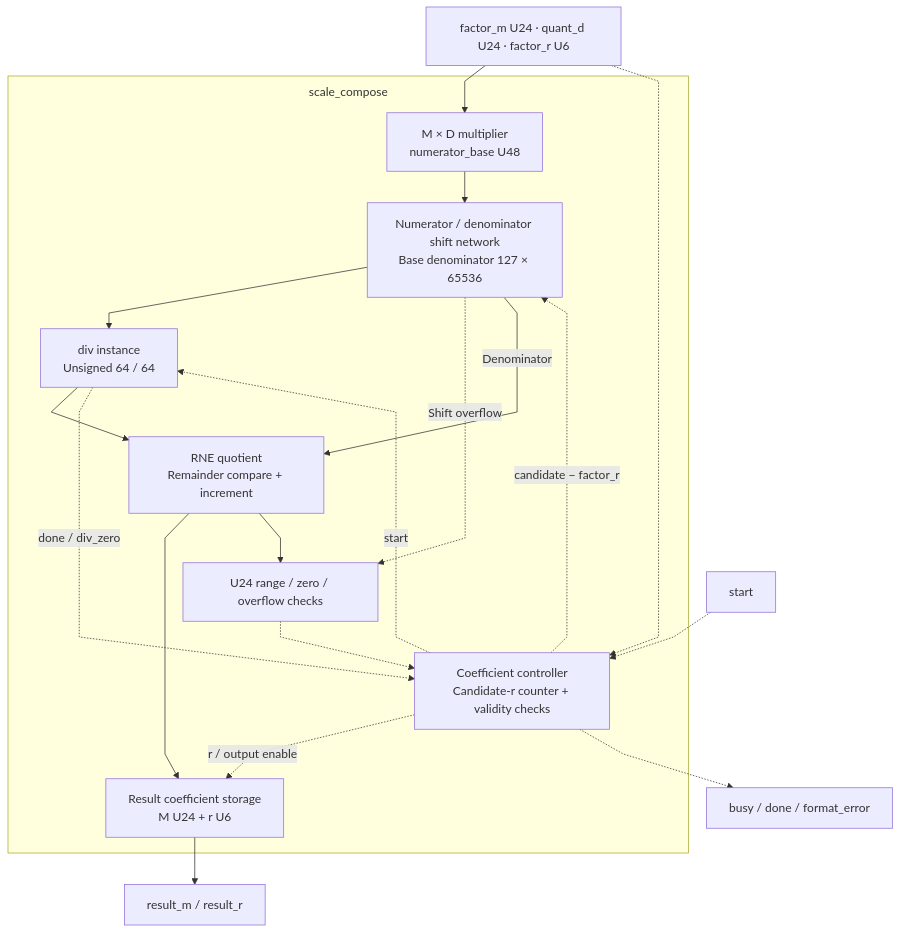
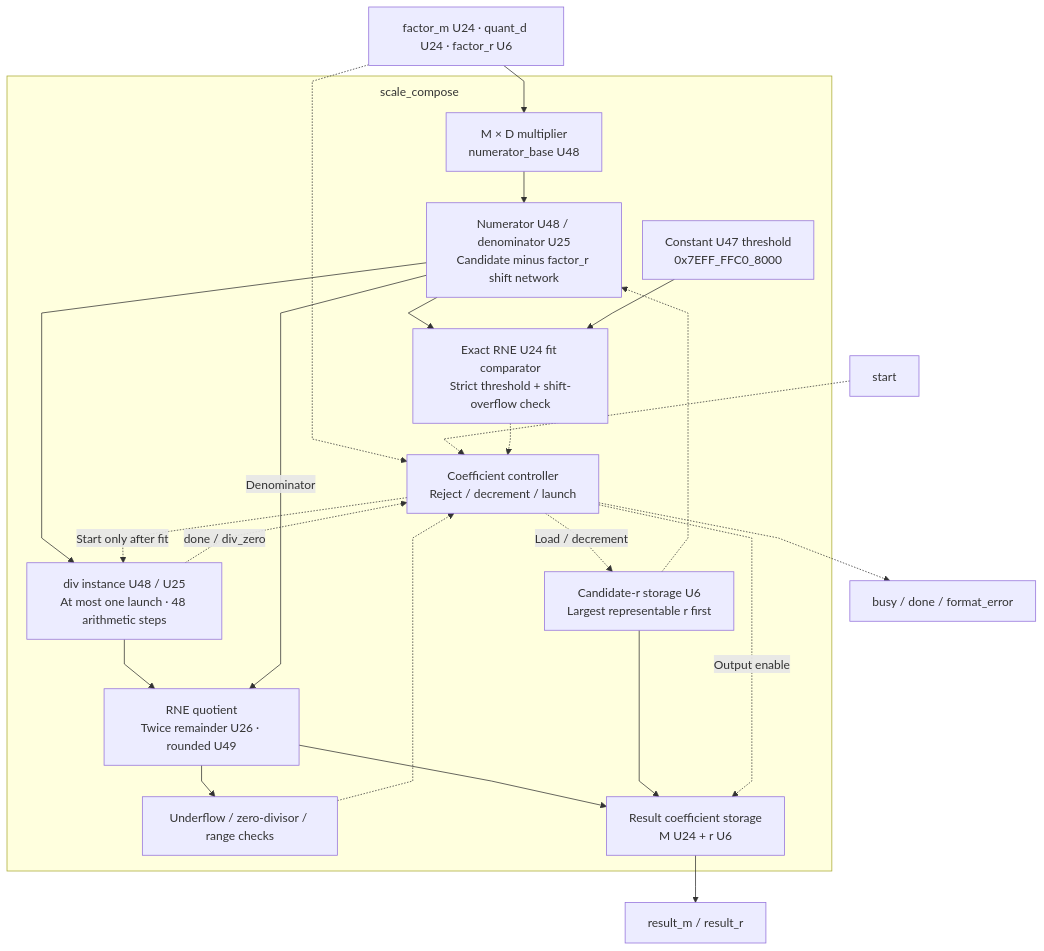
The first of 2 diagrams in docs/source_guide/blocks/scale_compose.sv.md (nguyennhutkhanhtom/NPU), drawn with Mermaid before and after one commit. The commit also changed other lines of this file and 123 other files, not shown here.

````diff
--- a/docs/source_guide/blocks/scale_compose.sv.md
+++ b/docs/source_guide/blocks/scale_compose.sv.md
@@ -15,31 +15,38 @@
 ```mermaid
 flowchart TB
 %%{init: {"flowchart": {"subGraphTitleMargin": {"top": 8, "bottom": 20}, "nodeSpacing": 28, "rankSpacing": 42, "curve": "linear"}}}%%
     IN["factor_m U24 · quant_d U24 · factor_r U6"]
     subgraph SC["scale_compose"]
         PROD["M × D multiplier<br/>numerator_base U48"]
-        CTRL["Coefficient controller<br/>Candidate-r counter + validity checks"]
-        SHIFT["Numerator / denominator shift network<br/>Base denominator 127 × 65536"]
-        DIV["div instance<br/>Unsigned 64 / 64"]
-        ROUND["RNE quotient<br/>Remainder compare + increment"]
-        CHECK["U24 range / zero / overflow checks"]
+        CAND["Candidate-r storage U6<br/>Largest representable r first"]
+        CTRL["Coefficient controller<br/>Reject / decrement / launch"]
+        SHIFT["Numerator U48 / denominator U25<br/>Candidate minus factor_r shift network"]
+        FIT["Exact RNE U24 fit comparator<br/>Strict threshold + shift-overflow check"]
+        LIMIT["Constant U47 threshold<br/>0x7EFF_FFC0_8000"]
+        DIV["div instance U48 / U25<br/>At most one launch · 48 arithmetic steps"]
+        ROUND["RNE quotient<br/>Twice remainder U26 · rounded U49"]
+        CHECK["Underflow / zero-divisor / range checks"]
         OUT["Result coefficient storage<br/>M U24 + r U6"]
     end
     IN --> PROD
     IN -.-> CTRL
     START["start"] -.-> CTRL
     PROD --> SHIFT
-    CTRL -.->|"candidate − factor_r"| SHIFT
+    CAND -.-> SHIFT
+    SHIFT --> FIT
+    LIMIT --> FIT
+    FIT -.-> CTRL
+    CTRL -.->|"Load / decrement"| CAND
     SHIFT --> DIV
-    SHIFT -.->|"Shift overflow"| CHECK
+    CTRL -.->|"Start only after fit"| DIV
     DIV --> ROUND
     SHIFT -->|"Denominator"| ROUND
-    ROUND --> OUT
+    DIV -.->|"done / div_zero"| CTRL
     ROUND --> CHECK
     CHECK -.-> CTRL
-    CTRL -.->|"start"| DIV
-    DIV -.->|"done / div_zero"| CTRL
-    CTRL -.->|"r / output enable"| OUT
+    ROUND --> OUT
+    CAND --> OUT
+    CTRL -.->|"Output enable"| OUT
     OUT --> RESULT["result_m / result_r"]
     CTRL -.-> STATUS["busy / done / format_error"]
 ```
````
